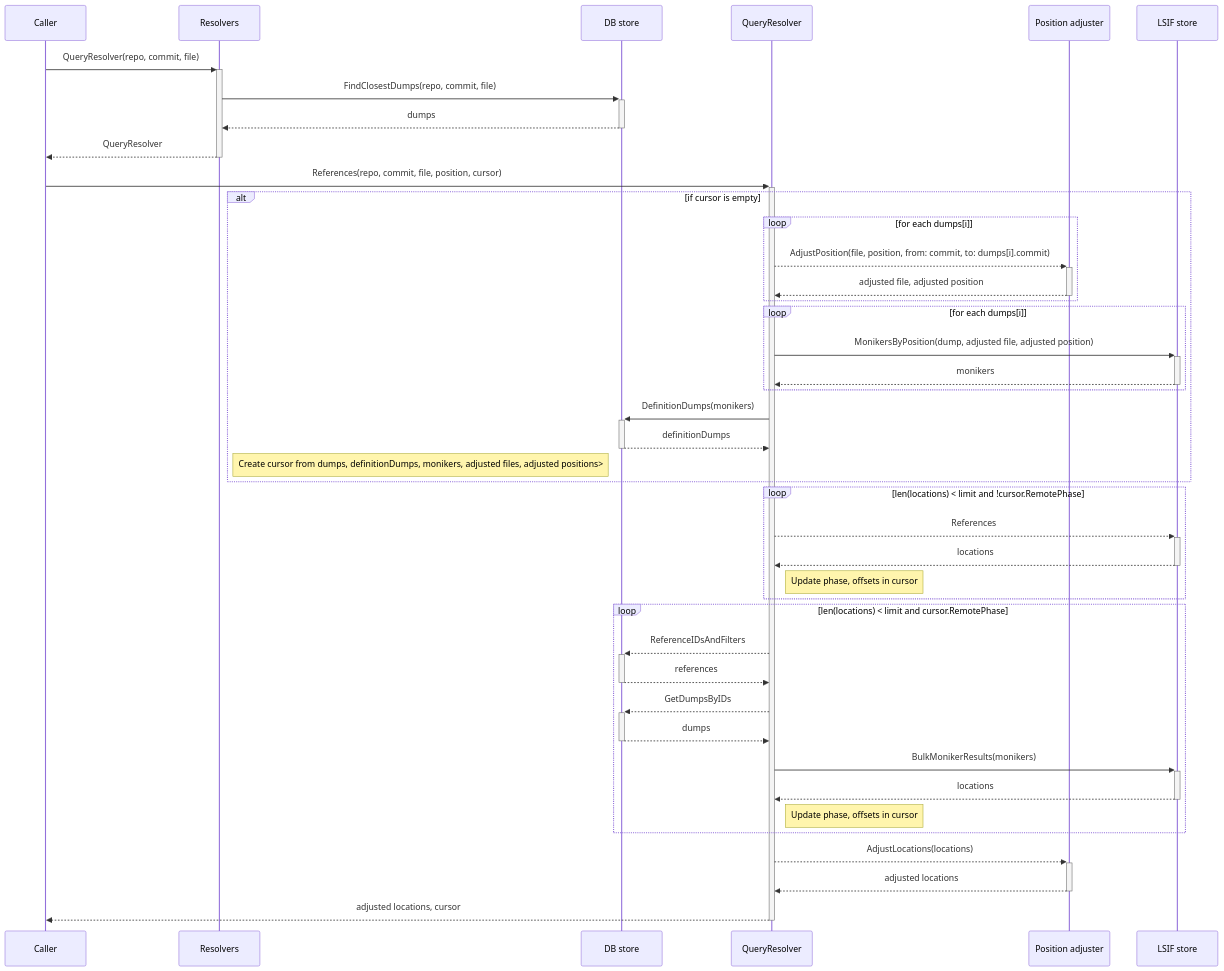
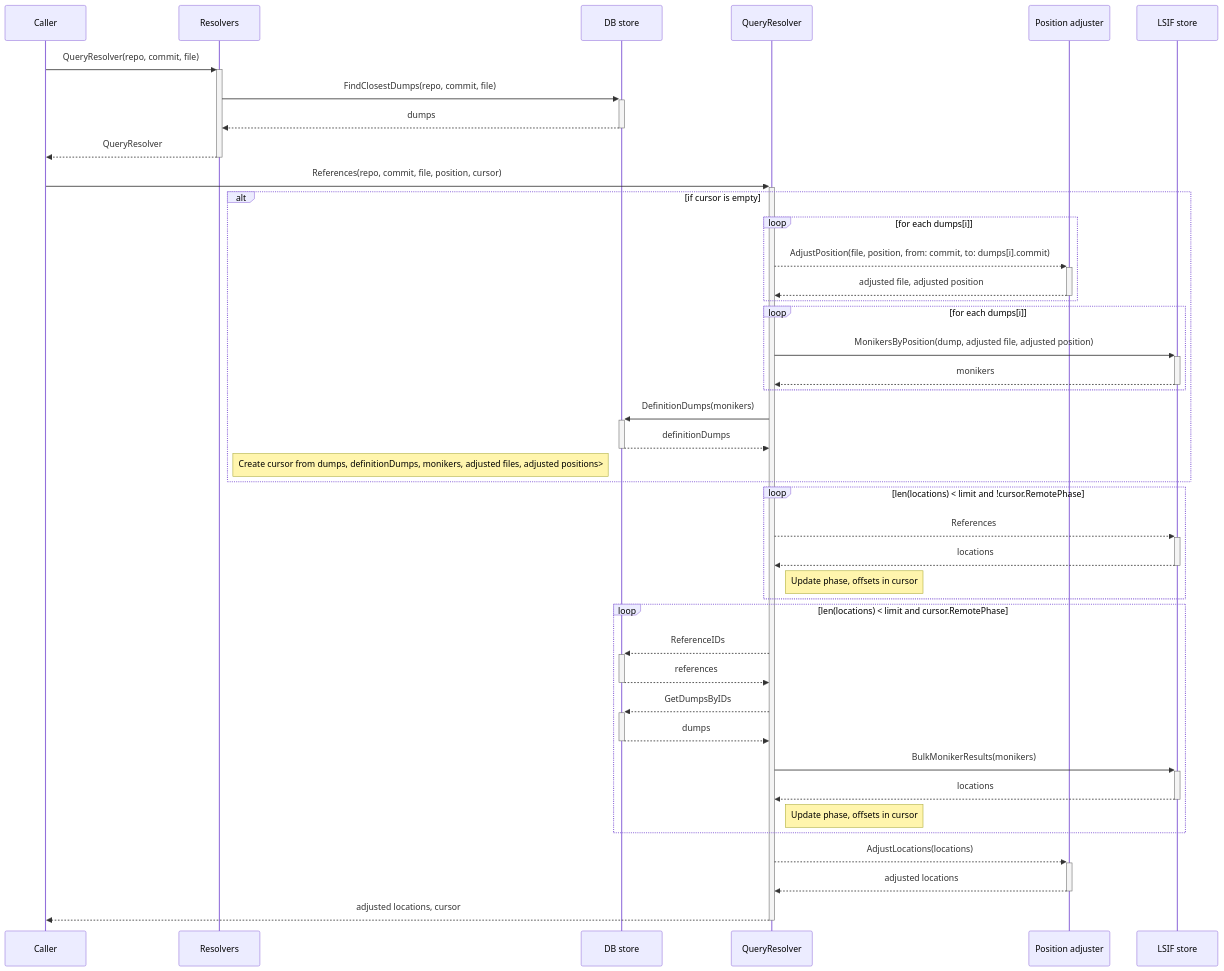
One commit to sourcegraph/sourcegraph-public-snapshot changed the diagram in doc/dev/background-information/codeintel/diagrams/references.mermaid. Above: the diagram before and after it, drawn with Mermaid. The commit also changed 13 other files, not shown here.

```diff
--- a/doc/dev/background-information/codeintel/diagrams/references.mermaid
+++ b/doc/dev/background-information/codeintel/diagrams/references.mermaid
@@ -1,45 +1,45 @@
 sequenceDiagram
   Caller          ->>+ Resolvers: QueryResolver(repo, commit, file)
   Resolvers       ->>+ DB store: FindClosestDumps(repo, commit, file)
   DB store       -->>- Resolvers: dumps
   Resolvers      -->>- Caller: QueryResolver
   Caller          ->>+ QueryResolver: References(repo, commit, file, position, cursor)
 
   alt if cursor is empty
     loop for each dumps[i]
       QueryResolver     -->>+ Position adjuster: AdjustPosition(file, position, from: commit, to: dumps[i].commit)
       Position adjuster -->>- QueryResolver: adjusted file, adjusted position
     end
 
     loop for each dumps[i]
       QueryResolver      ->>+ LSIF store: MonikersByPosition(dump, adjusted file, adjusted position)
       LSIF store        -->>- QueryResolver: monikers
     end
 
     QueryResolver    ->>+ DB store: DefinitionDumps(monikers)
     DB store        -->>- QueryResolver: definitionDumps
 
     Note right of Resolvers: Create cursor from dumps, definitionDumps, monikers, adjusted files, adjusted positions>
   end
 
   loop len(locations) < limit and !cursor.RemotePhase
     QueryResolver -->>+ LSIF store: References
     LSIF store    -->>- QueryResolver: locations
 
     Note right of QueryResolver: Update phase, offsets in cursor
   end
 
   loop len(locations) < limit and cursor.RemotePhase
-    QueryResolver -->>+ DB store: ReferenceIDsAndFilters
+    QueryResolver -->>+ DB store: ReferenceIDs
     DB store      -->>- QueryResolver: references
     QueryResolver -->>+ DB store: GetDumpsByIDs
     DB store      -->>- QueryResolver: dumps
     QueryResolver  ->>+ LSIF store: BulkMonikerResults(monikers)
     LSIF store    -->>- QueryResolver: locations
 
     Note right of QueryResolver: Update phase, offsets in cursor
   end
 
   QueryResolver     -->>+ Position adjuster: AdjustLocations(locations)
   Position adjuster -->>- QueryResolver: adjusted locations
   QueryResolver     -->>- Caller: adjusted locations, cursor
```
